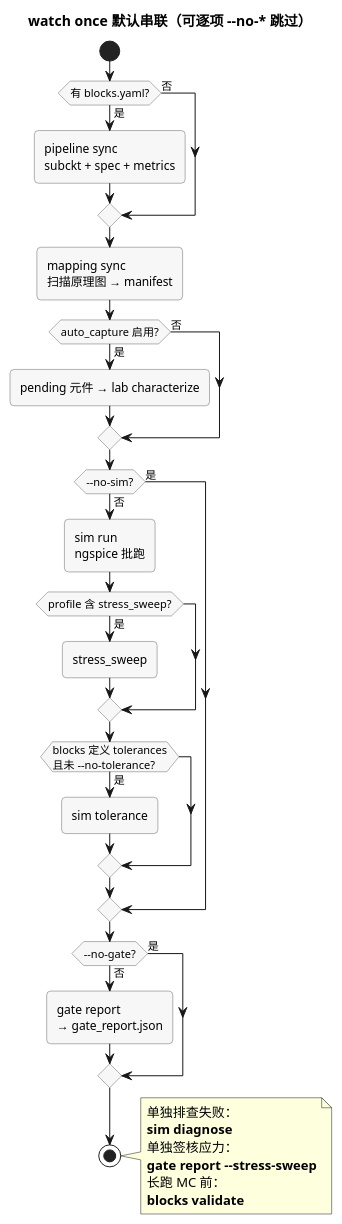
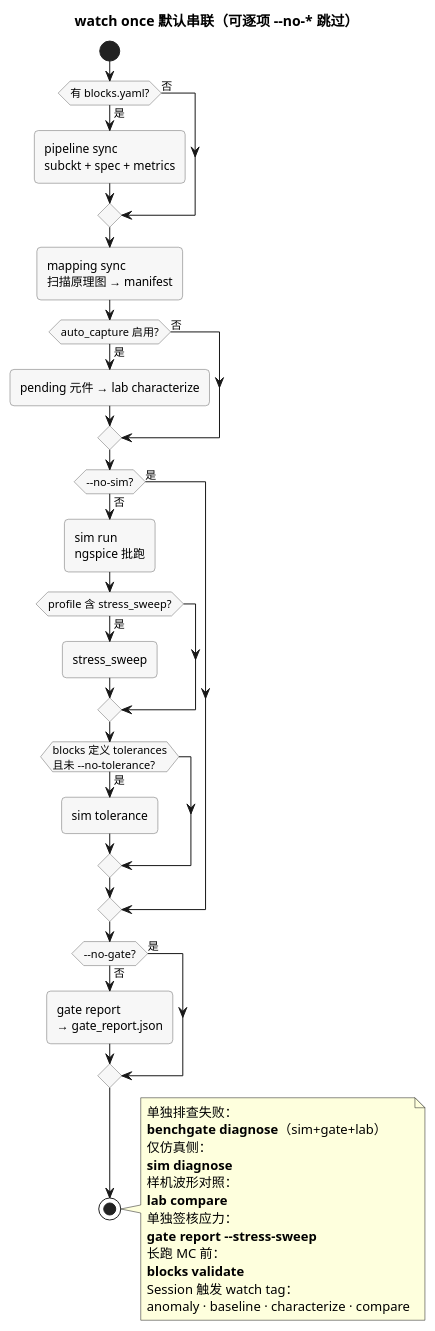
The diagram in docs/diagrams/command-flow.puml (zhang1career/benchgate), drawn with PlantUML before and after one commit. The commit also changed 28 other files, not shown here.

```diff
--- a/docs/diagrams/command-flow.puml
+++ b/docs/diagrams/command-flow.puml
@@ -1,52 +1,58 @@
 @startuml
 title watch once 默认串联（可逐项 --no-* 跳过）
 skinparam shadowing false
 skinparam linetype ortho
 skinparam roundcorner 8
 skinparam activity {
   BackgroundColor #F7F7F7
   BorderColor #666666
 }
 
 start
 
 if (有 blocks.yaml?) then (是)
   :pipeline sync\nsubckt + spec + metrics;
 else (否)
 endif
 
 :mapping sync\n扫描原理图 → manifest;
 
 if (auto_capture 启用?) then (是)
   :pending 元件 → lab characterize;
 else (否)
 endif
 
 if (--no-sim?) then (否)
   :sim run\nngspice 批跑;
   if (profile 含 stress_sweep?) then (是)
     :stress_sweep;
   endif
   if (blocks 定义 tolerances\n且未 --no-tolerance?) then (是)
     :sim tolerance;
   endif
 else (是)
 endif
 
 if (--no-gate?) then (否)
   :gate report\n→ gate_report.json;
 else (是)
 endif
 
 stop
 
 note right
   单独排查失败：
+  **benchgate diagnose**（sim+gate+lab）
+  仅仿真侧：
   **sim diagnose**
+  样机波形对照：
+  **lab compare**
   单独签核应力：
   **gate report --stress-sweep**
   长跑 MC 前：
   **blocks validate**
+  Session 触发 watch tag：
+  anomaly · baseline · characterize · compare
 end note
 
 @enduml
```
